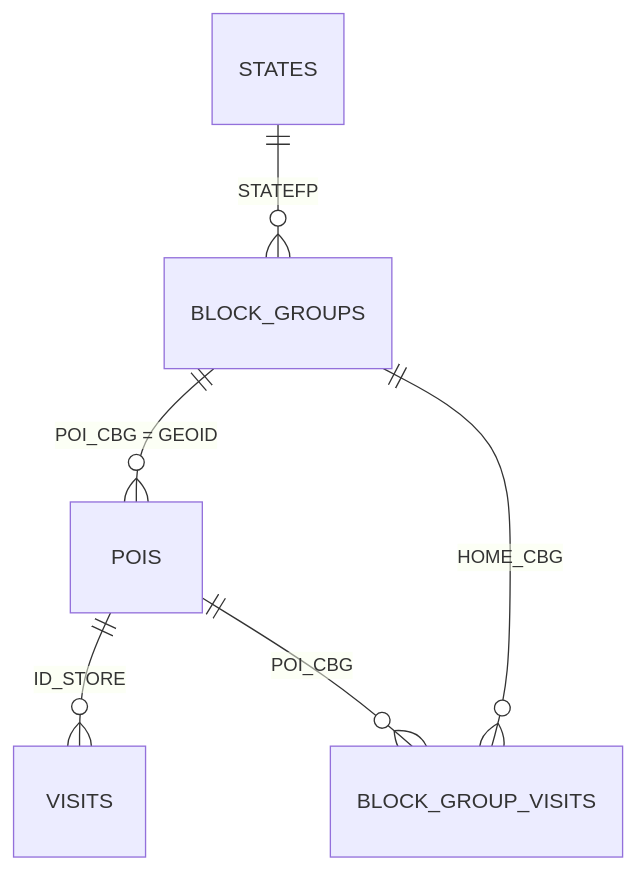
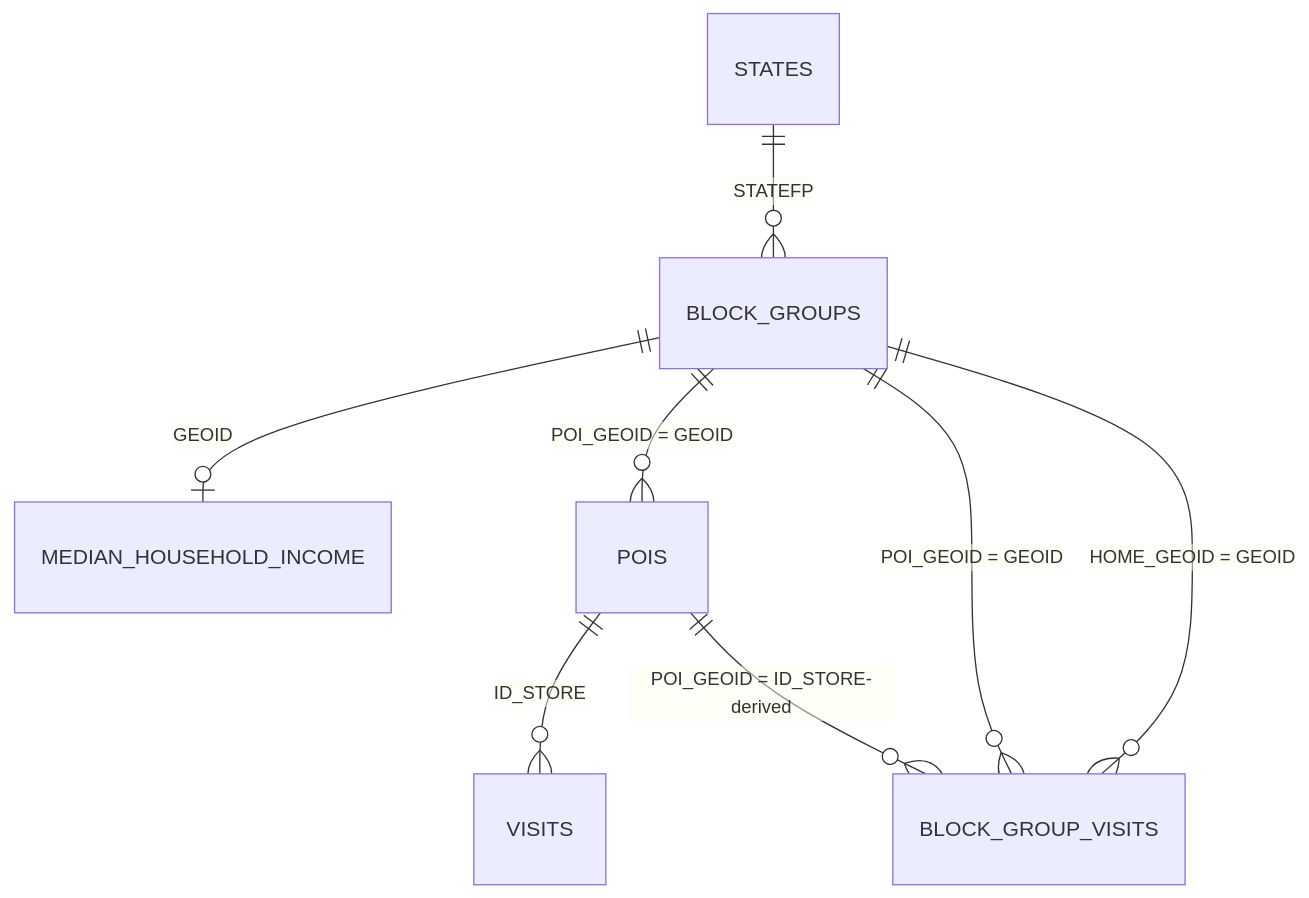
Before and after one commit to marcus-friis/weekly-patterns-plus-exploration: the diagram in sql/README.md, drawn with Mermaid. The commit also changed other lines of this file and 1 other file, not shown here.

````diff
--- a/sql/README.md
+++ b/sql/README.md
@@ -16,8 +17,10 @@
 ```mermaid
 erDiagram
     STATES ||--o{ BLOCK_GROUPS : "STATEFP"
-    BLOCK_GROUPS ||--o{ POIS : "POI_CBG = GEOID"
+    BLOCK_GROUPS ||--o| MEDIAN_HOUSEHOLD_INCOME : "GEOID"
+    BLOCK_GROUPS ||--o{ POIS : "POI_GEOID = GEOID"
     POIS ||--o{ VISITS : "ID_STORE"
-    POIS ||--o{ BLOCK_GROUP_VISITS : "POI_CBG"
-    BLOCK_GROUPS ||--o{ BLOCK_GROUP_VISITS : "HOME_CBG"
+    POIS ||--o{ BLOCK_GROUP_VISITS : "POI_GEOID = ID_STORE-derived"
+    BLOCK_GROUPS ||--o{ BLOCK_GROUP_VISITS : "POI_GEOID = GEOID"
+    BLOCK_GROUPS ||--o{ BLOCK_GROUP_VISITS : "HOME_GEOID = GEOID"
 ```
````
